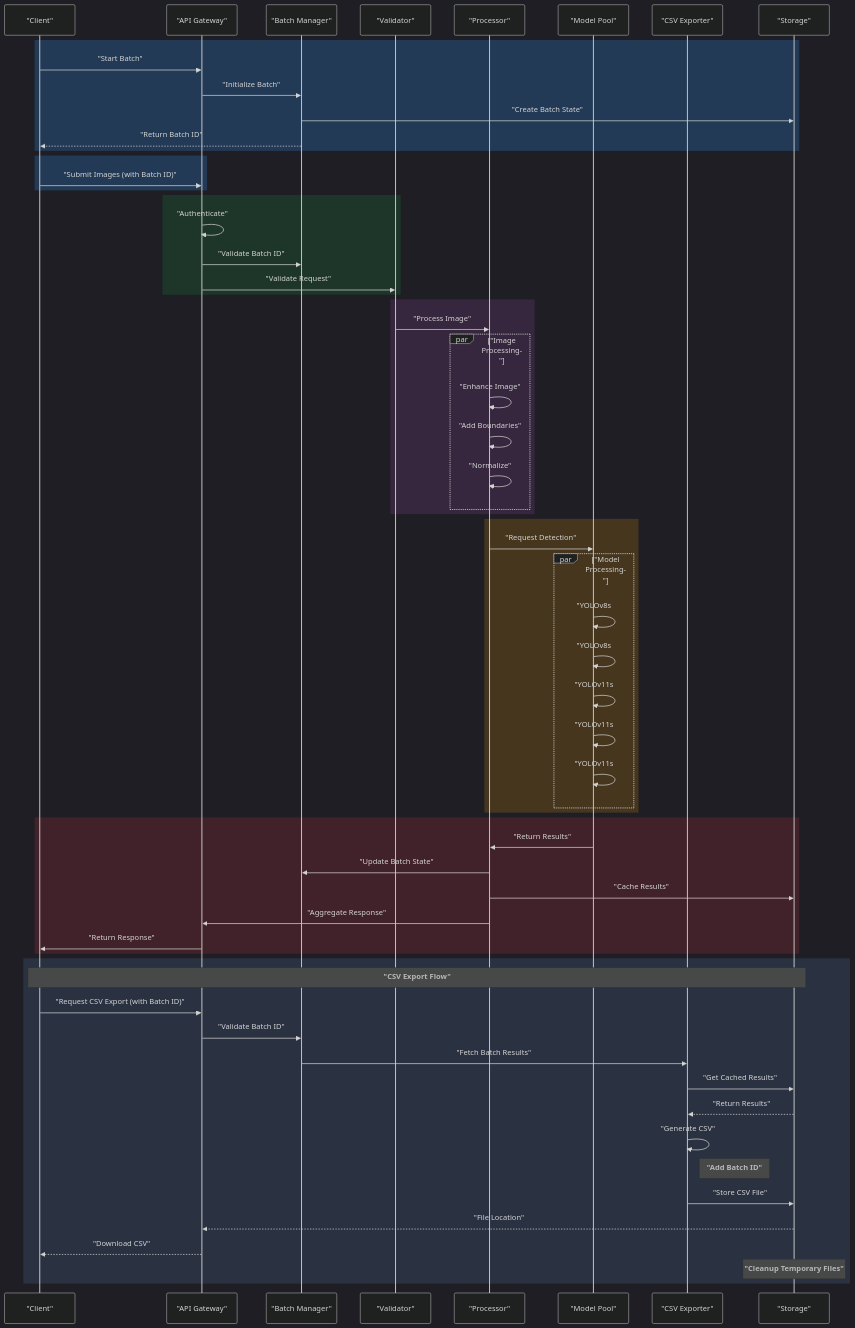
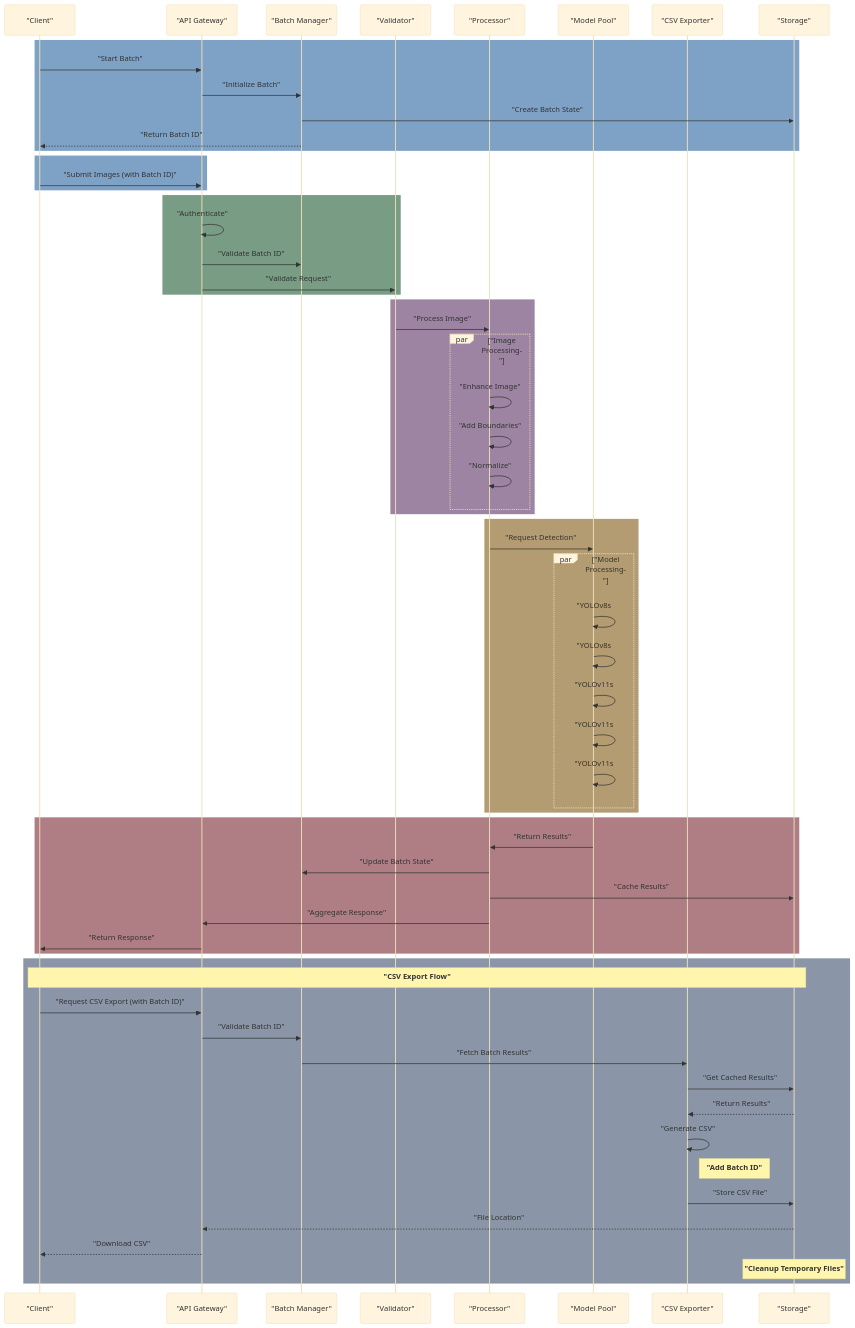
One commit to Dhruv0306/SymphonyProject1 changed the diagram in docs/images/Batch Processing Flow.mmd. Above: the diagram before and after it, drawn with Mermaid. The commit also changed 38 other files, not shown here.

```diff
--- a/docs/images/Batch Processing Flow.mmd
+++ b/docs/images/Batch Processing Flow.mmd
@@ -1,72 +1,72 @@
-%%{init: {'theme': 'dark', 'themeVariables': { 'fontFamily': 'arial', 'fontSize': '18px', 'fontWeight': 'bold', 'messageFontWeight': 'bold', 'noteFontWeight': 'bold'}}}%%
+%%{init: {'theme': 'base', 'themeVariables': { 'fontFamily': 'arial', 'fontSize': '18px', 'fontWeight': 'bold', 'messageFontWeight': 'bold', 'noteFontWeight': 'bold'}}}%%
 sequenceDiagram
     participant C as "Client"
     participant A as "API Gateway"
     participant B as "Batch Manager"
     participant V as "Validator"
     participant P as "Processor"
     participant M as "Model Pool"
     participant E as "CSV Exporter"
     participant S as "Storage"
 
-    rect rgba(40, 100, 160, 0.4)
+    rect rgba(40, 100, 160, 0.6)
         C->>A: "Start Batch"
         A->>B: "Initialize Batch"
         B->>S: "Create Batch State"
         B-->>C: "Return Batch ID"
     end
 
-    rect rgba(40, 100, 160, 0.4)
+    rect rgba(40, 100, 160, 0.6)
         C->>A: "Submit Images (with Batch ID)"
     end
     
-    rect rgba(30, 90, 50, 0.4)
+    rect rgba(30, 90, 50, 0.6)
         A->>A: "Authenticate"
         A->>B: "Validate Batch ID"
         A->>V: "Validate Request"
     end
     
-    rect rgba(90, 50, 100, 0.4)
+    rect rgba(90, 50, 100, 0.6)
         V->>P: "Process Image"
         
         par "Image Processing"
             P->>P: "Enhance Image"
             P->>P: "Add Boundaries"
             P->>P: "Normalize"
         end
     end
     
-    rect rgba(130, 90, 20, 0.4) 
+    rect rgba(130, 90, 20, 0.6) 
         P->>M: "Request Detection"
         
         par "Model Processing"
             M->>M: "YOLOv8s #1"
             M->>M: "YOLOv8s #2"
             M->>M: "YOLOv11s #1"
             M->>M: "YOLOv11s #2"
             M->>M: "YOLOv11s #3"
         end
     end
     
-    rect rgba(120, 40, 50, 0.4)
+    rect rgba(120, 40, 50, 0.6)
         M->>P: "Return Results"
         P->>B: "Update Batch State"
         P->>S: "Cache Results"
         P->>A: "Aggregate Response"
         A->>C: "Return Response"
     end
 
-    rect rgba(60, 80, 110, 0.4)
+    rect rgba(60, 80, 110, 0.6)
         Note over C,S: "CSV Export Flow"
         C->>A: "Request CSV Export (with Batch ID)"
         A->>B: "Validate Batch ID"
         B->>E: "Fetch Batch Results"
         E->>S: "Get Cached Results"
         S-->>E: "Return Results"
         E->>E: "Generate CSV"
         Note right of E: "Add Batch ID"
         E->>S: "Store CSV File"
         S-->>A: "File Location"
         A-->>C: "Download CSV"
         Note over S: "Cleanup Temporary Files"
     end
```
